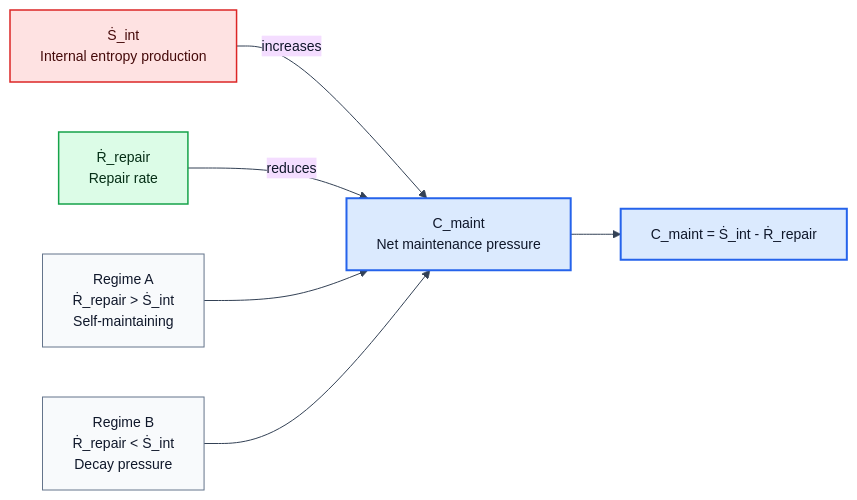
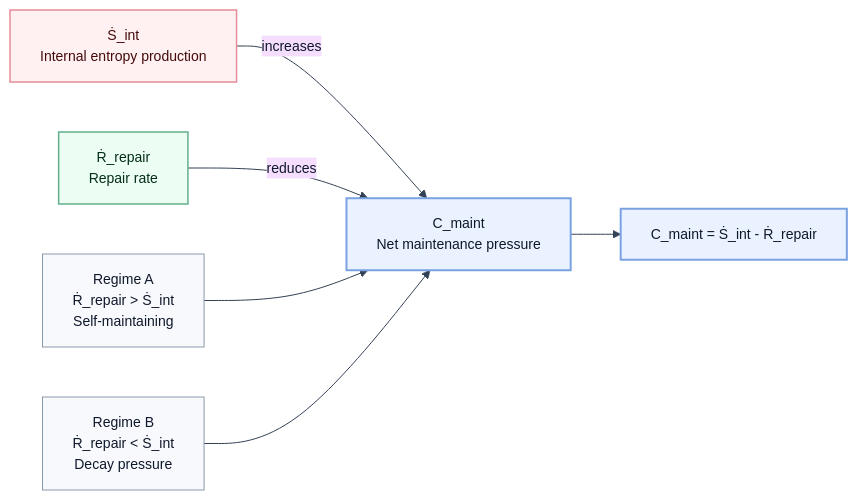
One commit to ianderrington/epiphysics changed the third of 3 diagrams in docs/theory/01_5_causants.md. Above: the diagram before and after it, drawn with Mermaid. The commit also changed other lines of this file and 3 other files, not shown here.

Commit message:
improve causant diagram styling and add reading memory with resume/restart

````diff
--- a/docs/theory/01_5_causants.md
+++ b/docs/theory/01_5_causants.md
@@ -224,22 +224,22 @@
 ```mermaid
 %%{init: {'theme': 'base', 'themeVariables': { 'primaryTextColor': '#0F172A', 'lineColor': '#334155', 'fontSize': '14px'}}}%%
 flowchart LR
   Sint["Ṡ_int\nInternal entropy production"] -->|increases| Net["C_maint\nNet maintenance pressure"]
   Rrep["Ṙ_repair\nRepair rate"] -->|reduces| Net
 
   Good["Regime A\nṘ_repair > Ṡ_int\nSelf-maintaining"] --> Net
   Risk["Regime B\nṘ_repair < Ṡ_int\nDecay pressure"] --> Net
 
   Eq["C_maint = Ṡ_int - Ṙ_repair"]
   Net --> Eq
 
-  classDef driver fill:#FEE2E2,stroke:#DC2626,stroke-width:1.5px,color:#450A0A;
-  classDef repair fill:#DCFCE7,stroke:#16A34A,stroke-width:1.5px,color:#052E16;
-  classDef core fill:#DBEAFE,stroke:#2563EB,stroke-width:2px,color:#0F172A;
-  classDef regime fill:#F8FAFC,stroke:#64748B,stroke-width:1px,color:#0F172A;
+  classDef driver fill:#FFF1F2,stroke:#E58C98,stroke-width:1.5px,color:#450A0A;
+  classDef repair fill:#ECFDF3,stroke:#61B08C,stroke-width:1.5px,color:#052E16;
+  classDef core fill:#EAF2FF,stroke:#7AA2E3,stroke-width:2px,color:#0F172A;
+  classDef regime fill:#F7F9FC,stroke:#8A99AD,stroke-width:1px,color:#0F172A;
 
   class Sint driver;
   class Rrep repair;
   class Net,Eq core;
   class Good,Risk regime;
 ```
````
